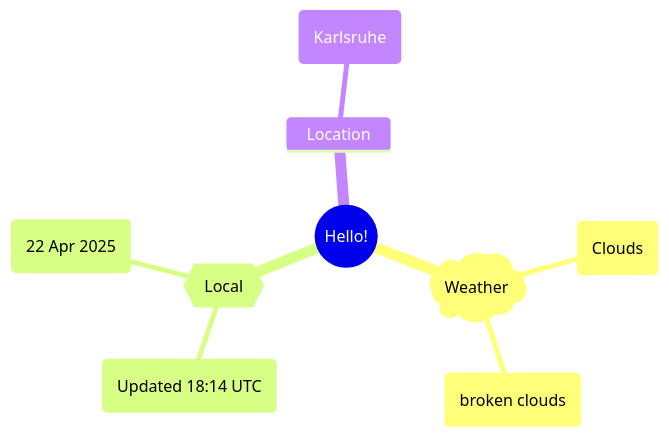
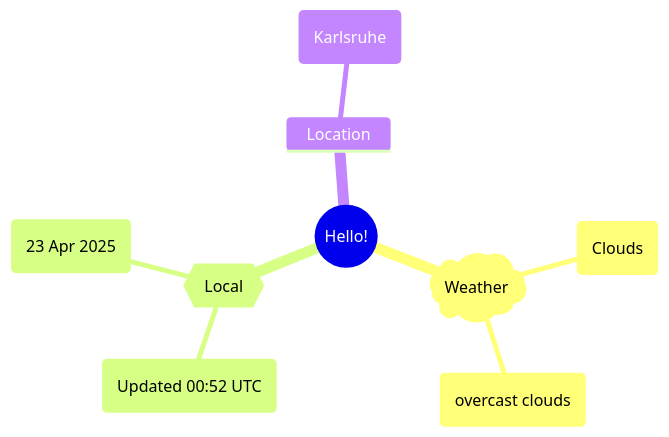
One commit to Xosrov/Xosrov changed the first of 2 diagrams in README.md. Above: the diagram before and after it, drawn with Mermaid.

Commit message:
[bot] updated images

````diff
--- a/README.md
+++ b/README.md
@@ -3,12 +3,12 @@
 ```mermaid
 mindmap
   root((Hello!))
     )Weather(
         (Clouds)
-        (broken clouds)
+        (overcast clouds)
     {{Local}}
-        (Updated 18:14 UTC)
-        (22 Apr 2025)
+        (Updated 00:52 UTC)
+        (23 Apr 2025)
     Location
         (Karlsruhe)
 ```
````
